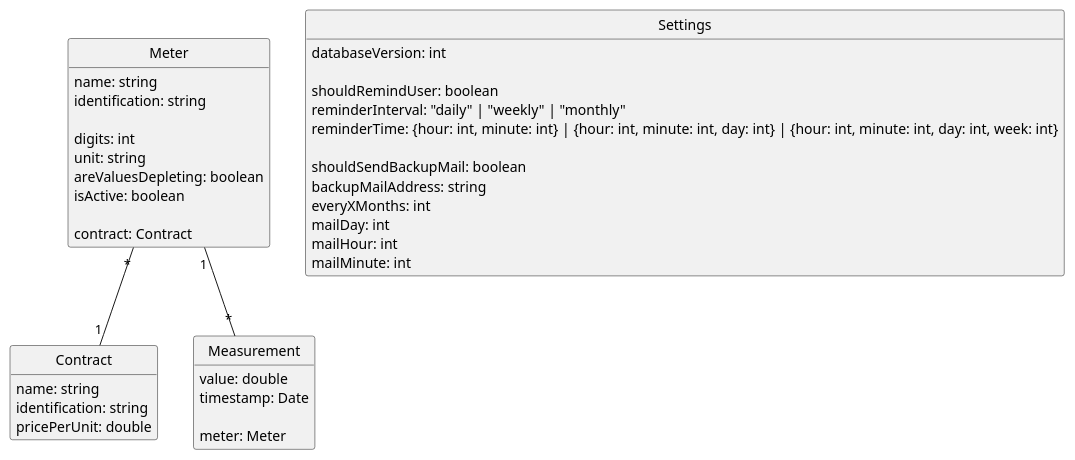
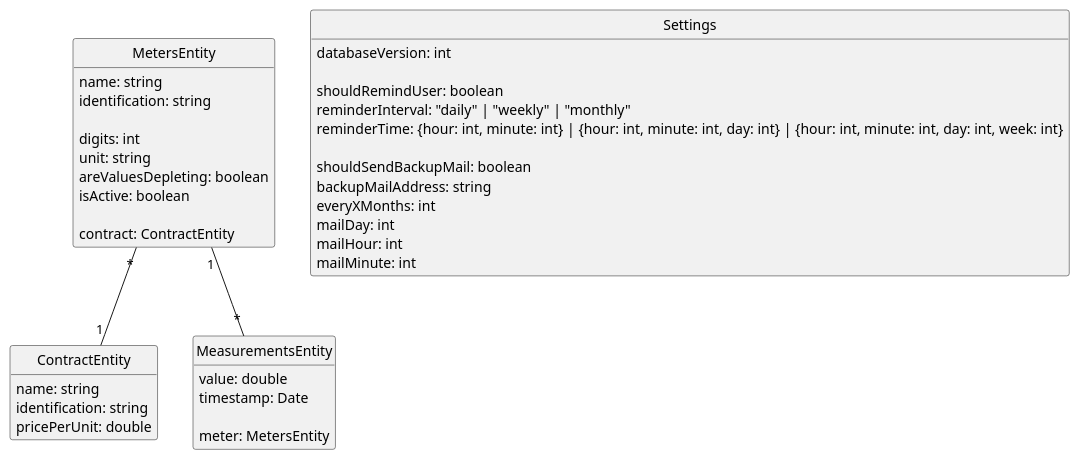
Before and after one commit to gutentag2012/meter-tracker: the diagram in docs/domain.puml, drawn with PlantUML. The commit also changed 114 other files, not shown here.

```diff
--- a/docs/domain.puml
+++ b/docs/domain.puml
@@ -1,54 +1,54 @@
 @startuml
 'https://plantuml.com/class-diagram
 
 hide circle
 hide empty members
 
-class Meter {
+class MetersEntity {
    name: string
    identification: string
 
    'Configuration
    digits: int
    unit: string
    areValuesDepleting: boolean
    isActive: boolean
 
    'Foreign keys
-   contract: Contract
+   contract: ContractEntity
 }
 
-class Contract {
+class ContractEntity {
    name: string
    identification: string
    pricePerUnit: double
 }
 
-Meter "*" -- "1" Contract
+MetersEntity "*" -- "1" ContractEntity
 
-class Measurement {
+class MeasurementsEntity {
    value: double
    timestamp: Date
 
    'Foreign keys
-   meter: Meter
+   meter: MetersEntity
 }
 
-Meter "1" -- "*" Measurement
+MetersEntity "1" -- "*" MeasurementsEntity
 
 class Settings {
    databaseVersion: int
 
    shouldRemindUser: boolean
    reminderInterval: "daily" | "weekly" | "monthly"
    reminderTime: {hour: int, minute: int} | {hour: int, minute: int, day: int} | {hour: int, minute: int, day: int, week: int}
 
    shouldSendBackupMail: boolean
    backupMailAddress: string
    everyXMonths: int
    mailDay: int
    mailHour: int
    mailMinute: int
 }
 
 @enduml
```
